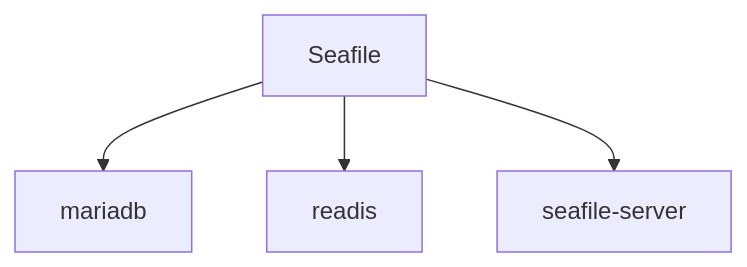
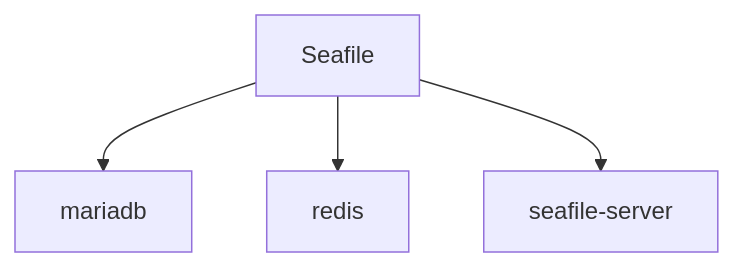
The diagram in diagrams/seafile.mmd (BenceGyurus/Homelab), drawn with Mermaid before and after one commit.

Commit message:
readis -> redis

```diff
--- a/diagrams/seafile.mmd
+++ b/diagrams/seafile.mmd
@@ -1,4 +1,4 @@
 graph TD
 Seafile-->mariadb;
-Seafile-->readis;
+Seafile-->redis;
 Seafile-->seafile-server;
```
